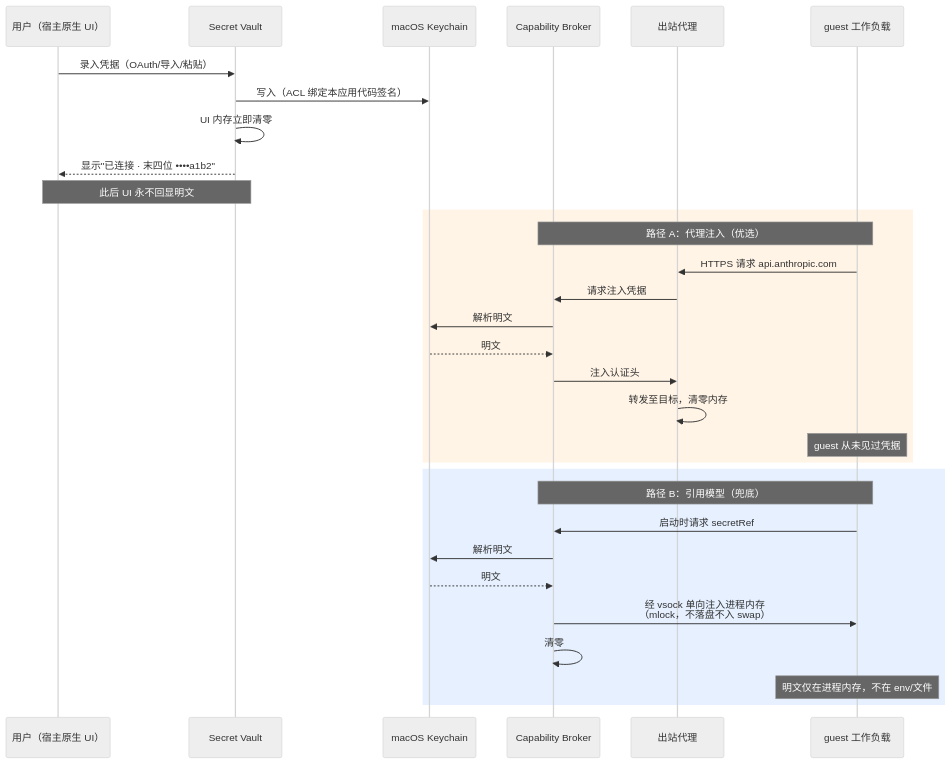
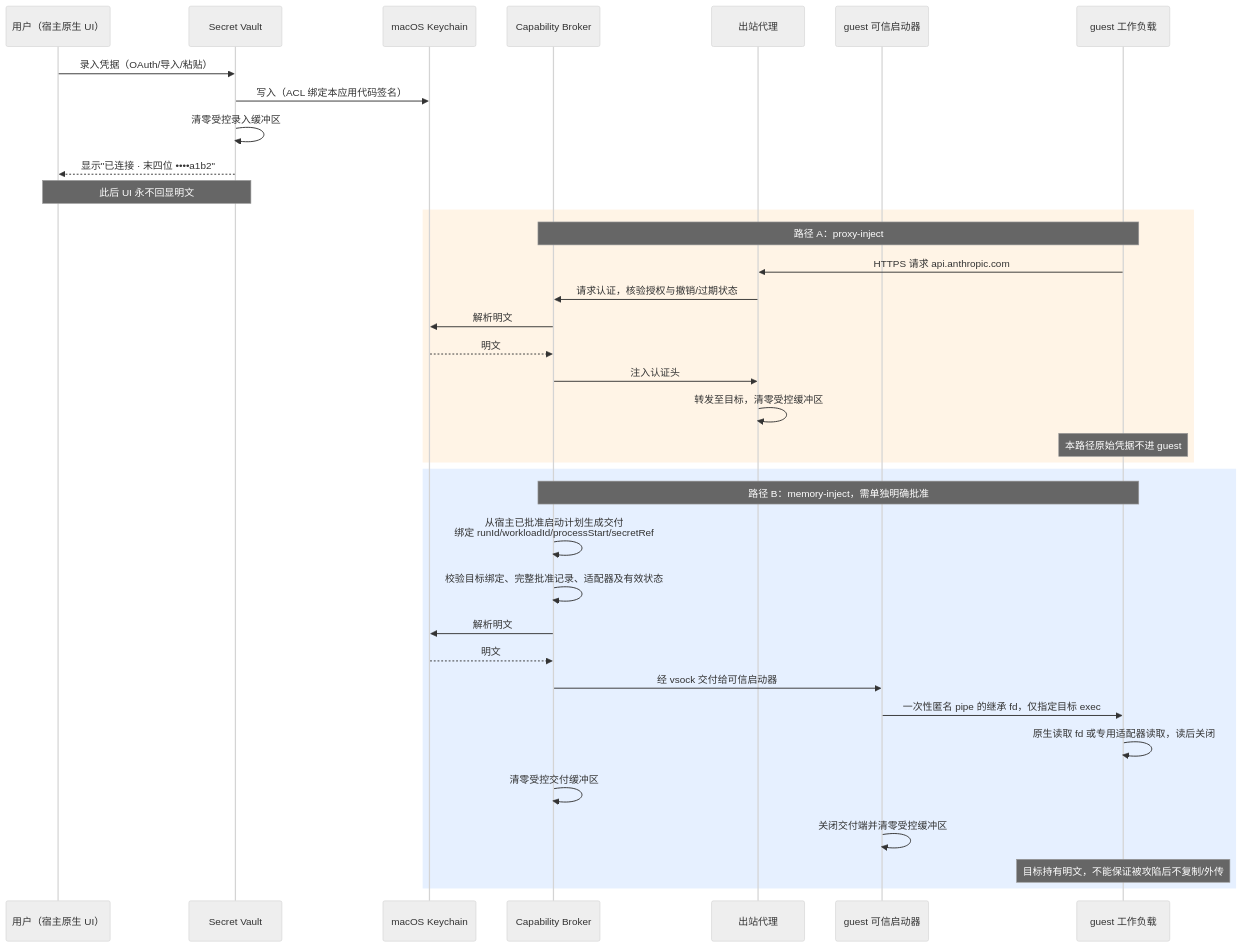
One commit to mingmingtsao/mini-sandbox changed the third of 6 diagrams in docs/prd/desktop-sandbox/source/02-模块设计.md. Above: the diagram before and after it, drawn with Mermaid (neutral theme). The commit also changed other lines of this file and 7 other files, not shown here.

````diff
--- a/docs/prd/desktop-sandbox/source/02-模块设计.md
+++ b/docs/prd/desktop-sandbox/source/02-模块设计.md
@@ -198,36 +200,41 @@
 ```mermaid
 sequenceDiagram
     participant U as 用户（宿主原生 UI）
     participant V as Secret Vault
     participant K as macOS Keychain
     participant B as Capability Broker
     participant P as 出站代理
+    participant L as guest 可信启动器
     participant G as guest 工作负载
 
     U->>V: 录入凭据（OAuth/导入/粘贴）
     V->>K: 写入（ACL 绑定本应用代码签名）
-    V->>V: UI 内存立即清零
+    V->>V: 清零受控录入缓冲区
     V-->>U: 显示"已连接 · 末四位 ••••a1b2"
     Note over U,V: 此后 UI 永不回显明文
 
     rect rgb(255, 244, 230)
-    Note over B,G: 路径 A：代理注入（优选）
+    Note over B,G: 路径 A：proxy-inject
     G->>P: HTTPS 请求 api.anthropic.com
-    P->>B: 请求注入凭据
+    P->>B: 请求认证，核验授权与撤销/过期状态
     B->>K: 解析明文
     K-->>B: 明文
     B->>P: 注入认证头
-    P->>P: 转发至目标，清零内存
-    Note over G: guest 从未见过凭据
+    P->>P: 转发至目标，清零受控缓冲区
+    Note over G: 本路径原始凭据不进 guest
     end
 
     rect rgb(230, 240, 255)
-    Note over B,G: 路径 B：引用模型（兜底）
-    G->>B: 启动时请求 secretRef
+    Note over B,G: 路径 B：memory-inject，需单独明确批准
+    B->>B: 从宿主已批准启动计划生成交付<br/>绑定 runId/workloadId/processStart/secretRef
+    B->>B: 校验目标绑定、完整批准记录、适配器及有效状态
     B->>K: 解析明文
     K-->>B: 明文
-    B->>G: 经 vsock 单向注入进程内存<br/>（mlock，不落盘不入 swap）
-    B->>B: 清零
-    Note over G: 明文仅在进程内存，不在 env/文件
+    B->>L: 经 vsock 交付给可信启动器
+    L->>G: 一次性匿名 pipe 的继承 fd，仅指定目标 exec
+    G->>G: 原生读取 fd 或专用适配器读取，读后关闭
+    B->>B: 清零受控交付缓冲区
+    L->>L: 关闭交付端并清零受控缓冲区
+    Note over G: 目标持有明文，不能保证被攻陷后不复制/外传
     end
 ```
````
